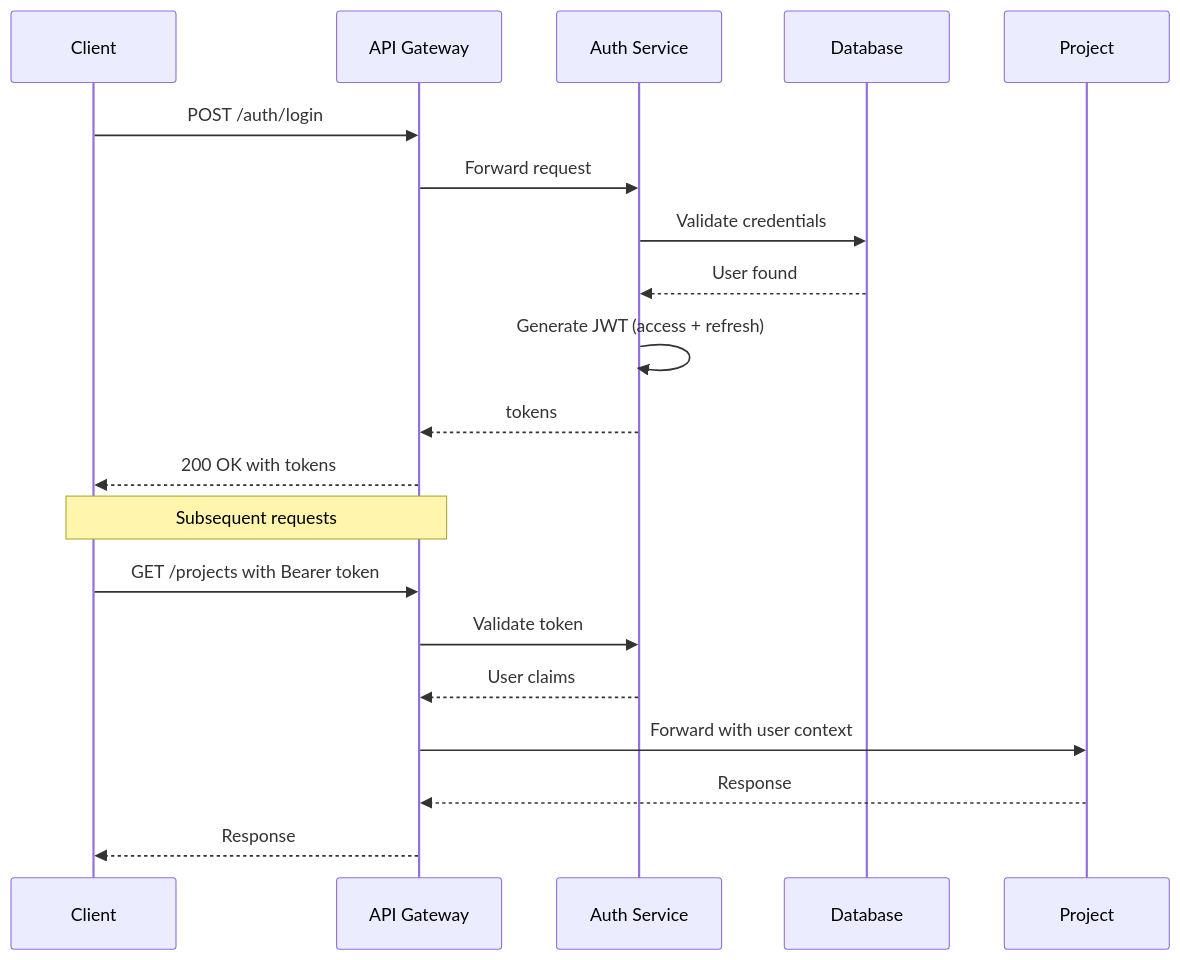
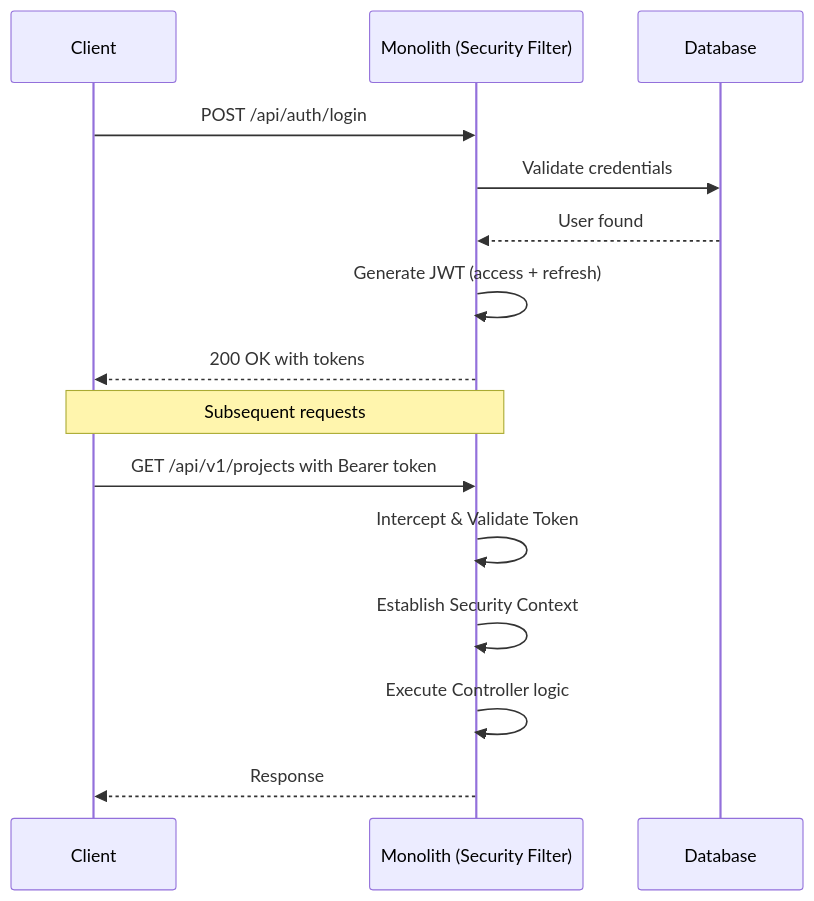
The first of 5 diagrams in docs/06-security-design.md (123suraj-sky/DevOps-Suite), drawn with Mermaid before and after one commit. The commit also changed other lines of this file and 116 other files, not shown here.

First line of the commit message:
refactor: convert microservices to monolithic architecture

````diff
--- a/docs/06-security-design.md
+++ b/docs/06-security-design.md
@@ -11,23 +10,19 @@
-``` mermaid
+```mermaid
 sequenceDiagram
     participant C as Client
-    participant GW as API Gateway
-    participant AS as Auth Service
+    participant MN as Monolith (Security Filter)
     participant DB as Database
 
-    C->>GW: POST /auth/login
-    GW->>AS: Forward request
-    AS->>DB: Validate credentials
-    DB-->>AS: User found
-    AS->>AS: Generate JWT (access + refresh)
-    AS-->>GW: tokens
-    GW-->>C: 200 OK with tokens
+    C->>MN: POST /api/auth/login
+    MN->>DB: Validate credentials
+    DB-->>MN: User found
+    MN->>MN: Generate JWT (access + refresh)
+    MN-->>C: 200 OK with tokens
 
-    Note over C,GW: Subsequent requests
-    C->>GW: GET /projects with Bearer token
-    GW->>AS: Validate token
-    AS-->>GW: User claims
-    GW->>Project: Forward with user context
-    Project-->>GW: Response
-    GW-->>C: Response
+    Note over C,MN: Subsequent requests
+    C->>MN: GET /api/v1/projects with Bearer token
+    MN->>MN: Intercept & Validate Token
+    MN->>MN: Establish Security Context
+    MN->>MN: Execute Controller logic
+    MN-->>C: Response
 ```
````
